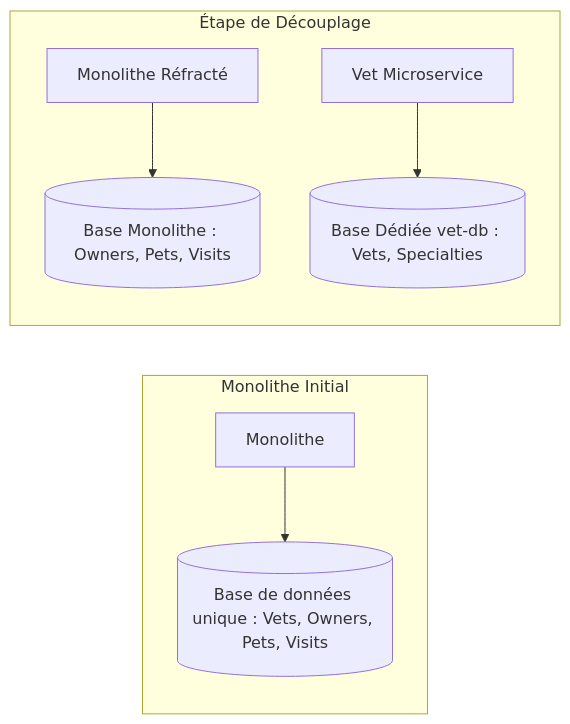
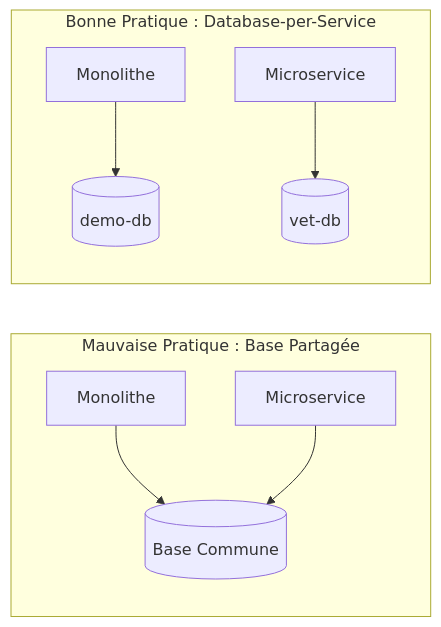
One commit to abdochiguer/Monolith-to-Microservices-Migration changed the fourth of 8 diagrams in README.md. Above: the diagram before and after it, drawn with Mermaid. The commit also changed other lines of this file, not shown here.

````diff
--- a/README.md
+++ b/README.md
@@ -46,11 +153,12 @@
 ```mermaid
 flowchart LR
-    subgraph Monolithe Initial
-        M1[Monolithe] --> DB_Shared[(Base de données unique : Vets, Owners, Pets, Visits)]
+    subgraph Mauvaise Pratique : Base Partagée
+        M1[Monolithe] --> DB_Shared[(Base Commune)]
+        MS1[Microservice] --> DB_Shared
     end
 
-    subgraph Étape de Découplage
-        M2[Monolithe Réfracté] --> DB_Mono[(Base Monolithe : Owners, Pets, Visits)]
-        MS_Vet[Vet Microservice] --> DB_Vet[(Base Dédiée vet-db : Vets, Specialties)]
+    subgraph Bonne Pratique : Database-per-Service
+        M2[Monolithe] --> DB1[(demo-db)]
+        MS2[Microservice] --> DB2[(vet-db)]
     end
 ```
````
